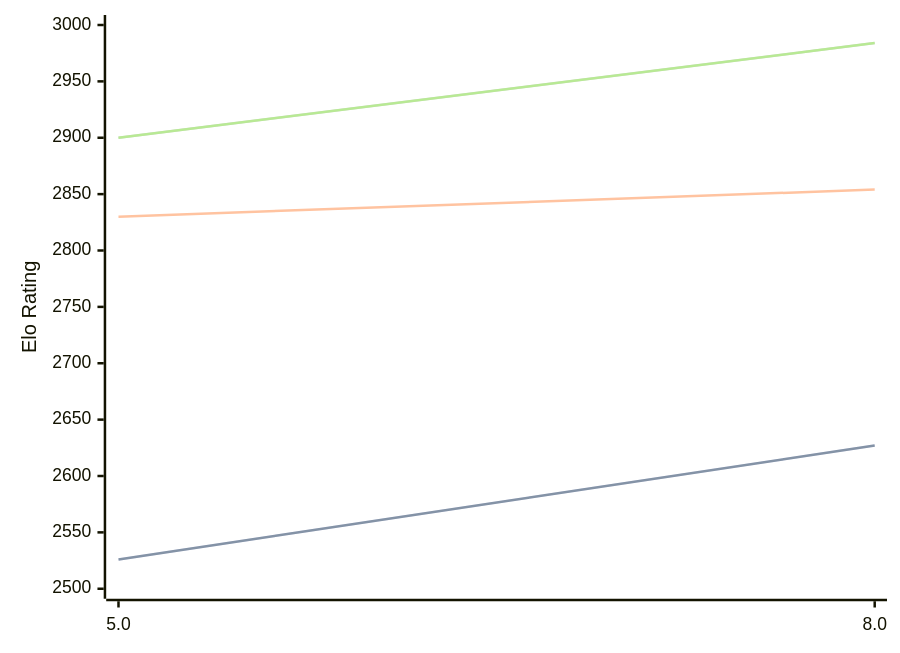
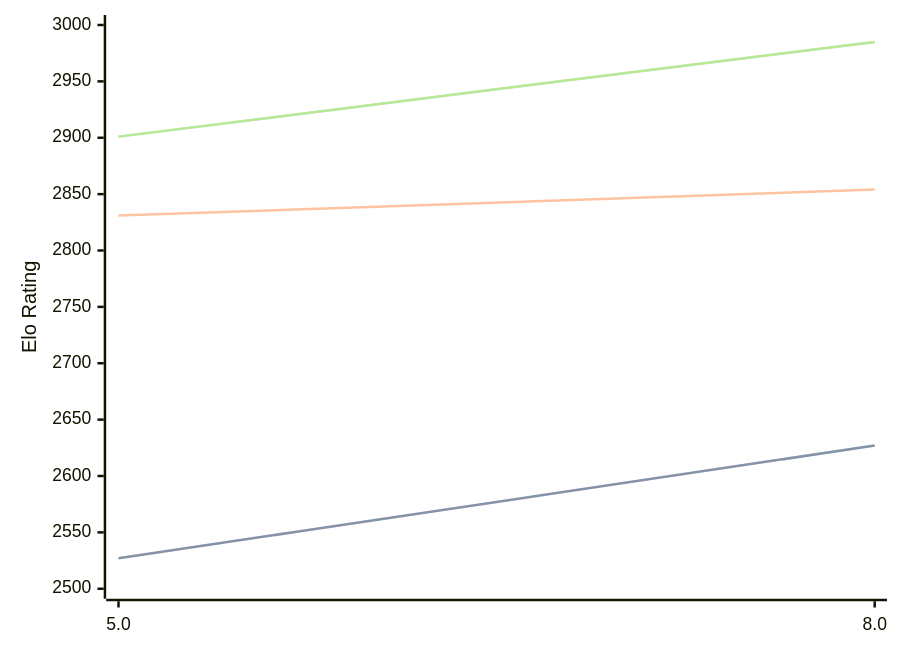
The diagram in engines/4kc.md (computer-chess-index/cci), drawn with Mermaid before and after one commit. The commit also changed other lines of this file, not shown here.

Commit message:
Update CCI Ratings (ELO VLTC) - 2026-05-01

````diff
--- a/engines/4kc.md
+++ b/engines/4kc.md
@@ -41,11 +41,11 @@
 ```mermaid
 %%{init: {"theme":"base","themeVariables":{"seriesColors:['#a3a3a3','#222221','#faa371']}}}%%
 xychart-beta
   x-axis ["5.0", "8.0"]
   y-axis "Elo Rating" 2500 --> 3000
-  line "STC (8.0+0.08s)" [2526, 2627]
-  line "STC (8.0+0.08s)" [2526, 2627]
-  line "LTC (60.0+0.60s)" [2830, 2854]
-  line "VLTC (2m24s+1.12s)" [2900, 2984]
-  line "VLTC (2m24s+1.12s)" [2900, 2984]
+  line "STC (8.0+0.08s)" [2527, 2627]
+  line "STC (8.0+0.08s)" [2527, 2627]
+  line "LTC (60.0+0.60s)" [2831, 2854]
+  line "VLTC (2m24s+1.12s)" [2901, 2985]
+  line "VLTC (2m24s+1.12s)" [2901, 2985]
 ```
````
